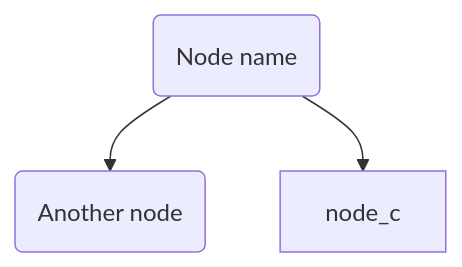
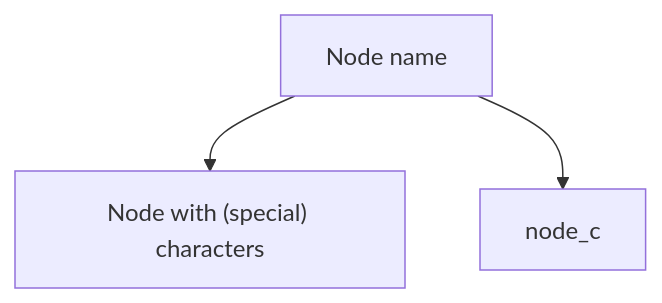
The first of 2 diagrams in notes/reference.dev.mermaid.flow-chart.md (kfischer-okarin/digital-garden), drawn with Mermaid before and after one commit. The commit also changed other lines of this file and 1 other file, not shown here.

````diff
--- a/notes/reference.dev.mermaid.flow-chart.md
+++ b/notes/reference.dev.mermaid.flow-chart.md
@@ -19,5 +19,5 @@
 ```mermaid
 flowchart TD
-    node_a(Node name) --> node_b(Another node)
+    node_a[Node name] --> node_b["Node with (special) characters"]
     node_a --> node_c
 ```
````
